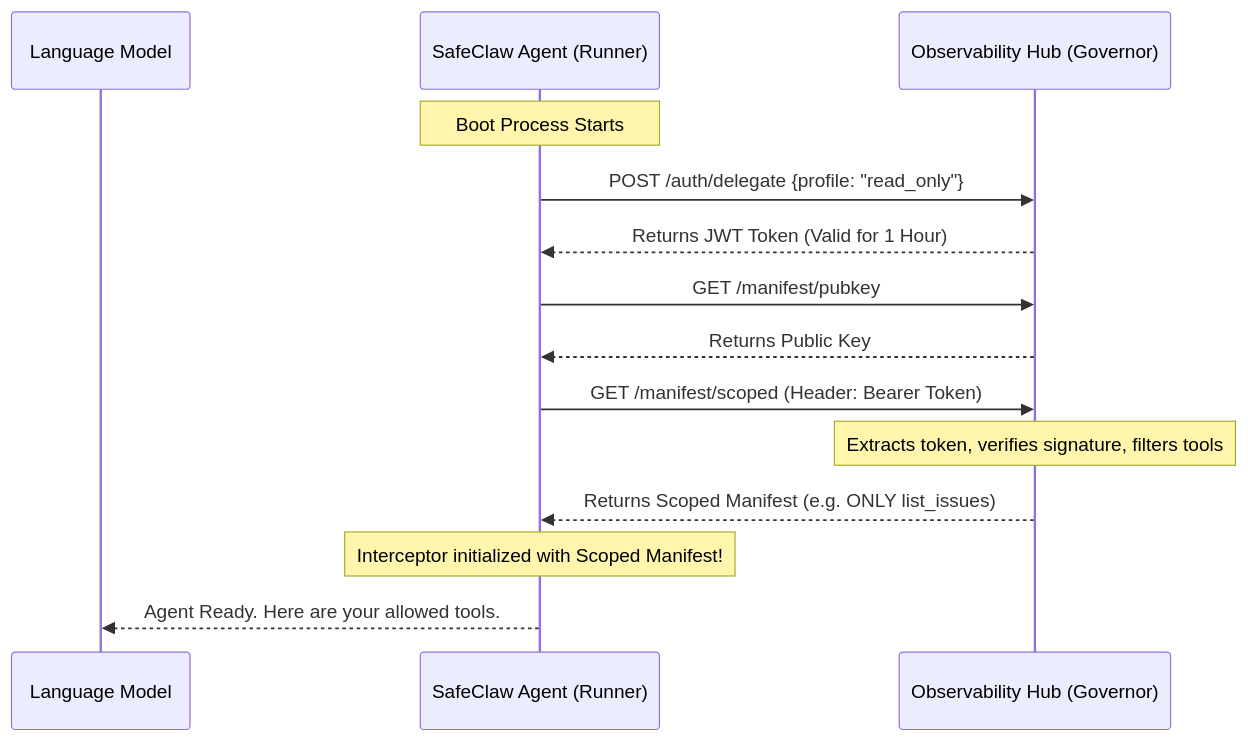
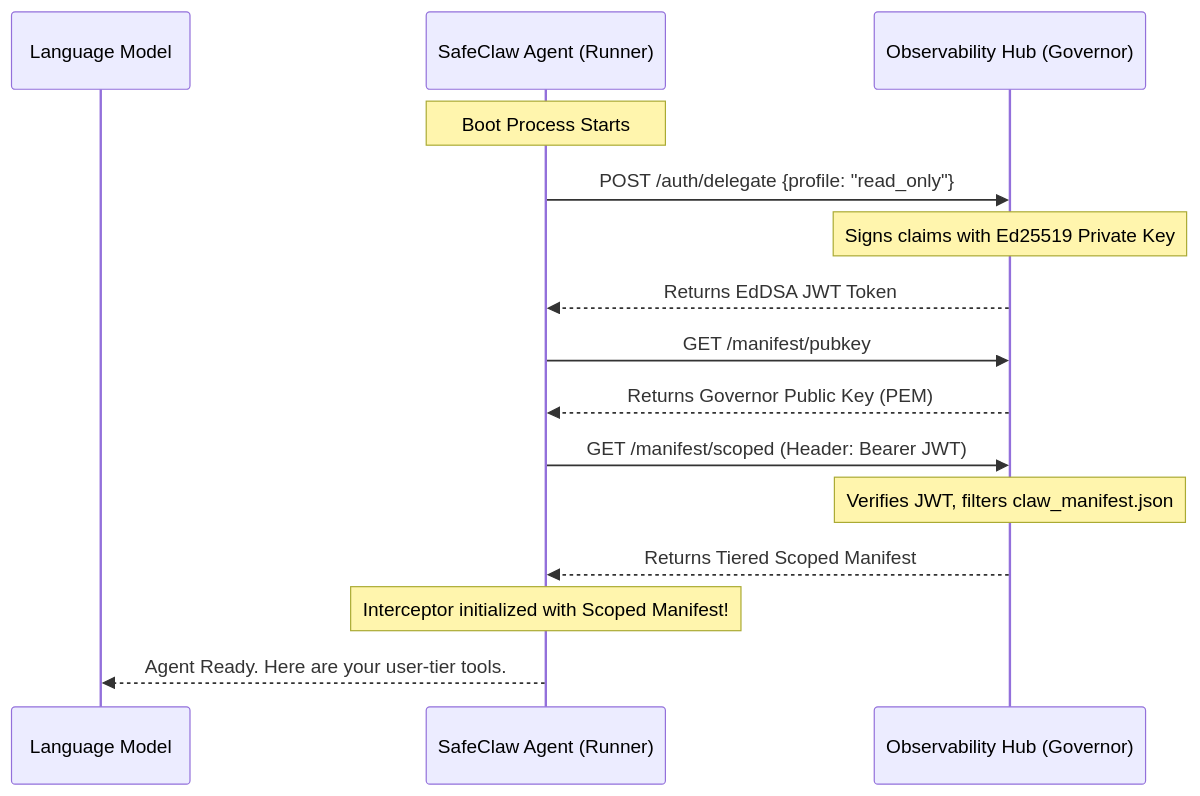
One commit to surfiniaburger/med-safety-gym-v2 changed the second of 2 diagrams in safeclaw_blueprint/DELEGATION_FLOW_DOCUMENTATION.md. Above: the diagram before and after it, drawn with Mermaid. The commit also changed other lines of this file, not shown here.

````diff
--- a/safeclaw_blueprint/DELEGATION_FLOW_DOCUMENTATION.md
+++ b/safeclaw_blueprint/DELEGATION_FLOW_DOCUMENTATION.md
@@ -41,20 +45,21 @@
 ```mermaid
 sequenceDiagram
     participant LLM as Language Model
     participant Agent as SafeClaw Agent (Runner)
     participant Hub as Observability Hub (Governor)
 
     Note over Agent: Boot Process Starts
     Agent->>Hub: POST /auth/delegate {profile: "read_only"}
-    Hub-->>Agent: Returns JWT Token (Valid for 1 Hour)
+    Note over Hub: Signs claims with Ed25519 Private Key
+    Hub-->>Agent: Returns EdDSA JWT Token
     
     Agent->>Hub: GET /manifest/pubkey
-    Hub-->>Agent: Returns Public Key
+    Hub-->>Agent: Returns Governor Public Key (PEM)
     
-    Agent->>Hub: GET /manifest/scoped (Header: Bearer Token)
-    Note over Hub: Extracts token, verifies signature, filters tools
-    Hub-->>Agent: Returns Scoped Manifest (e.g. ONLY list_issues)
+    Agent->>Hub: GET /manifest/scoped (Header: Bearer JWT)
+    Note over Hub: Verifies JWT, filters claw_manifest.json
+    Hub-->>Agent: Returns Tiered Scoped Manifest
     
     Note over Agent: Interceptor initialized with Scoped Manifest!
-    Agent-->>LLM: Agent Ready. Here are your allowed tools.
+    Agent-->>LLM: Agent Ready. Here are your user-tier tools.
 ```
````
